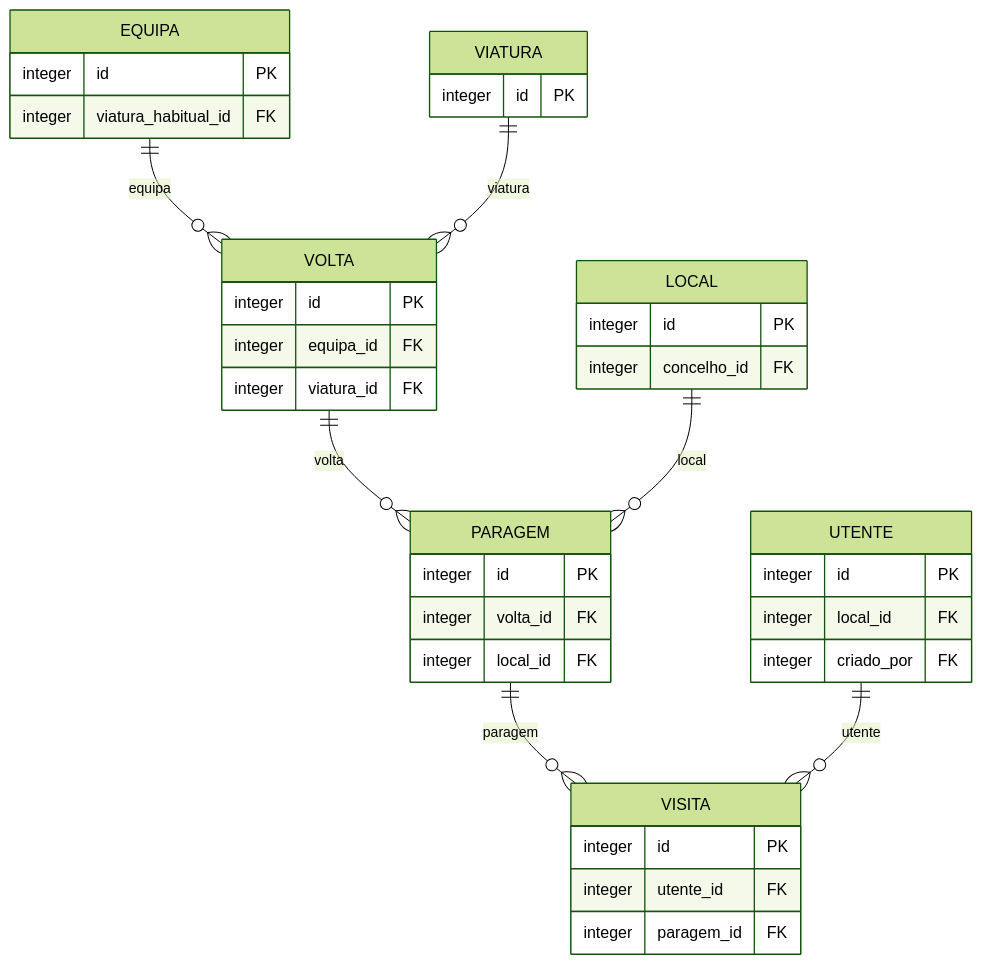
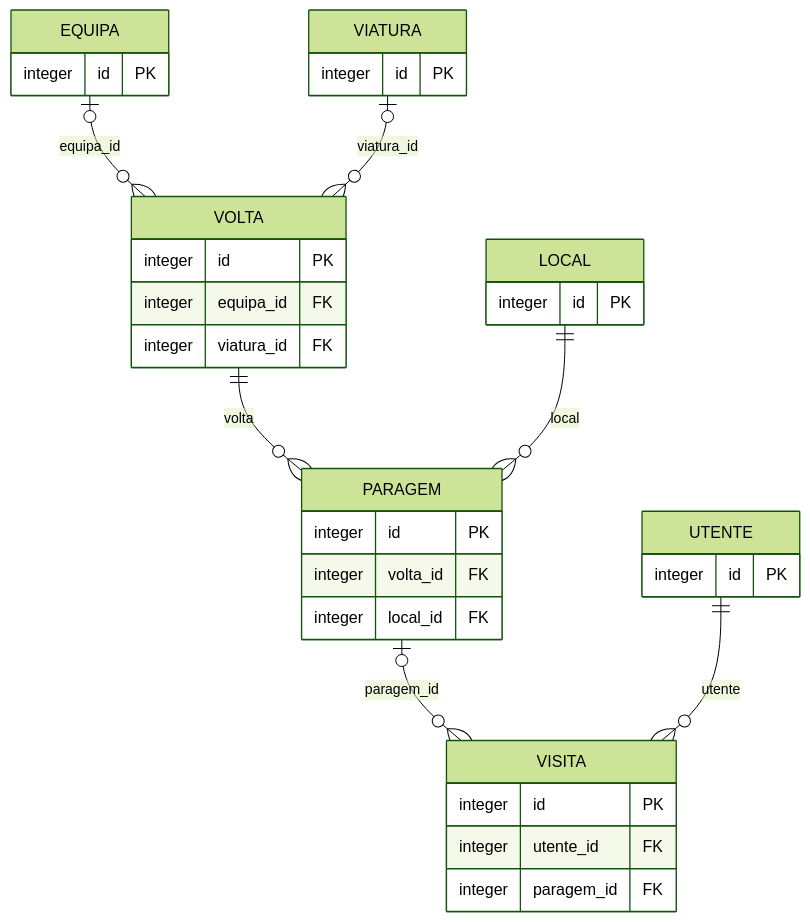
The ninth of 11 diagrams in docs/modelo-dados.md (SalomaoCunha/ulsba-projeto-final), drawn with Mermaid (forest theme) before and after one commit. The commit also changed other lines of this file and 1 other file, not shown here.

````diff
--- a/docs/modelo-dados.md
+++ b/docs/modelo-dados.md
@@ -932,40 +946,36 @@
 ```mermaid
 erDiagram
     EQUIPA {
         integer id PK
-        integer viatura_habitual_id FK
     }
     VIATURA {
         integer id PK
     }
     VOLTA {
         integer id PK
         integer equipa_id FK
         integer viatura_id FK
     }
     PARAGEM {
         integer id PK
         integer volta_id FK
         integer local_id FK
     }
     LOCAL {
         integer id PK
-        integer concelho_id FK
     }
     VISITA {
         integer id PK
         integer utente_id FK
         integer paragem_id FK
     }
     UTENTE {
         integer id PK
-        integer local_id FK
-        integer criado_por FK
     }
-    EQUIPA ||--o{ VOLTA : "equipa"
-    VIATURA ||--o{ VOLTA : "viatura"
+    EQUIPA o|--o{ VOLTA : "equipa_id"
+    VIATURA o|--o{ VOLTA : "viatura_id"
     VOLTA ||--o{ PARAGEM : "volta"
     LOCAL ||--o{ PARAGEM : "local"
-    PARAGEM ||--o{ VISITA : "paragem"
+    PARAGEM o|--o{ VISITA : "paragem_id"
     UTENTE ||--o{ VISITA : "utente"
 ```
````
